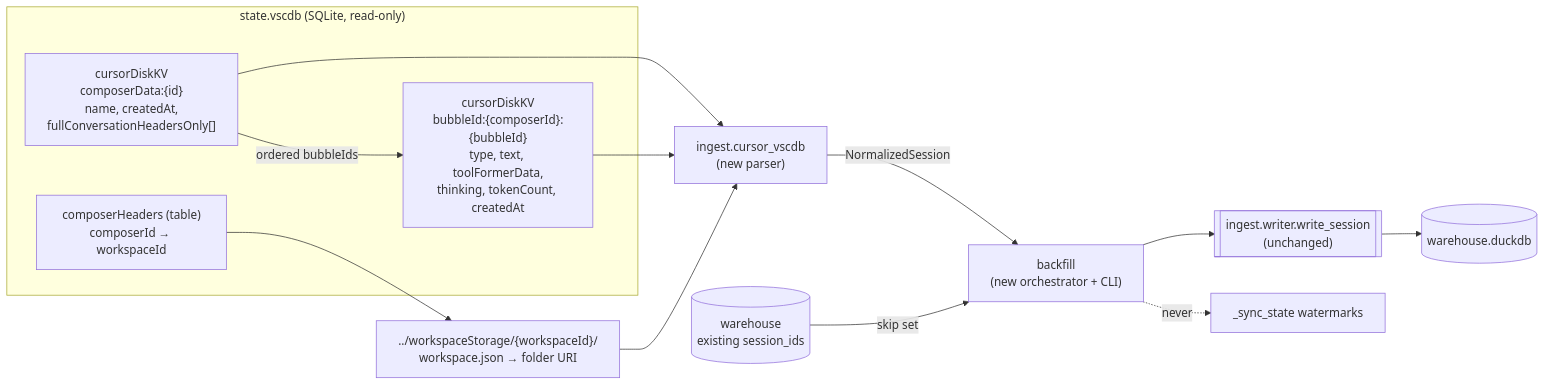
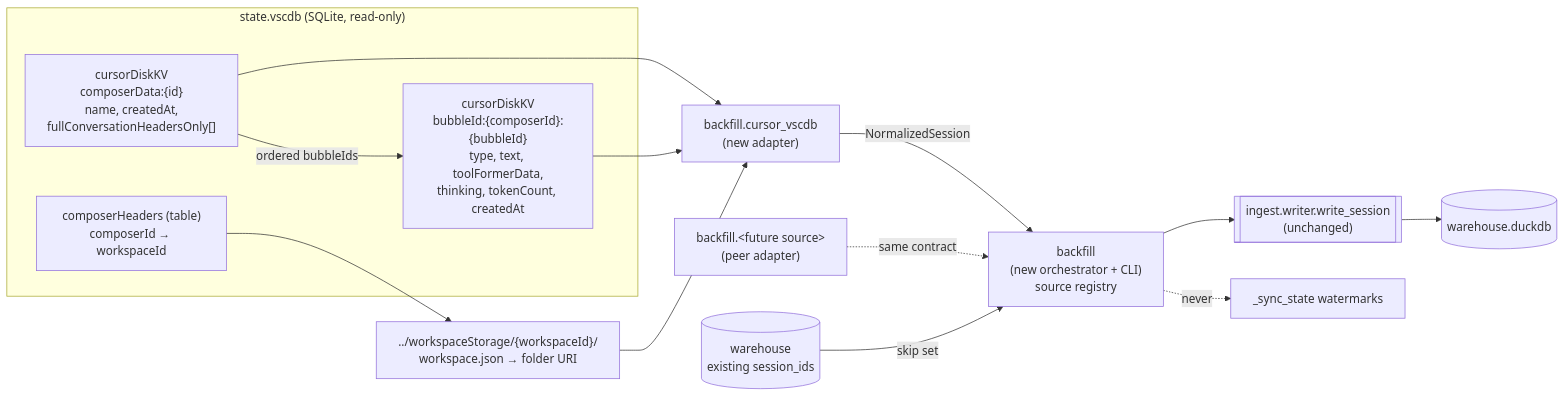
One commit to Texarkanine/stockroom changed the diagram in memory-bank/active/tasks.md. Above: the diagram before and after it, drawn with Mermaid. The commit also changed other lines of this file and 4 other files, not shown here.

````diff
--- a/memory-bank/active/tasks.md
+++ b/memory-bank/active/tasks.md
@@ -30,20 +30,21 @@
 ```mermaid
 flowchart LR
     subgraph vscdb["state.vscdb (SQLite, read-only)"]
         CH["composerHeaders (table)<br/>composerId → workspaceId"]
         CD["cursorDiskKV<br/>composerData:{id}<br/>name, createdAt,<br/>fullConversationHeadersOnly[]"]
         BB["cursorDiskKV<br/>bubbleId:{composerId}:{bubbleId}<br/>type, text, toolFormerData,<br/>thinking, tokenCount, createdAt"]
     end
     WJ["../workspaceStorage/{workspaceId}/<br/>workspace.json → folder URI"]
 
     CD -->|ordered bubbleIds| BB
     CH --> WJ
-    CD --> P["ingest.cursor_vscdb<br/>(new parser)"]
+    CD --> P["backfill.cursor_vscdb<br/>(new adapter)"]
     BB --> P
     WJ --> P
-    P -->|NormalizedSession| BF["backfill<br/>(new orchestrator + CLI)"]
+    P -->|NormalizedSession| BF["backfill<br/>(new orchestrator + CLI)<br/>source registry"]
+    FUT["backfill.&lt;future source&gt;<br/>(peer adapter)"] -.->|same contract| BF
     WH[("warehouse<br/>existing session_ids")] -->|skip set| BF
     BF --> W[["ingest.writer.write_session<br/>(unchanged)"]]
     W --> DB[(warehouse.duckdb)]
     BF -.->|never| SS["_sync_state watermarks"]
 ```
````
